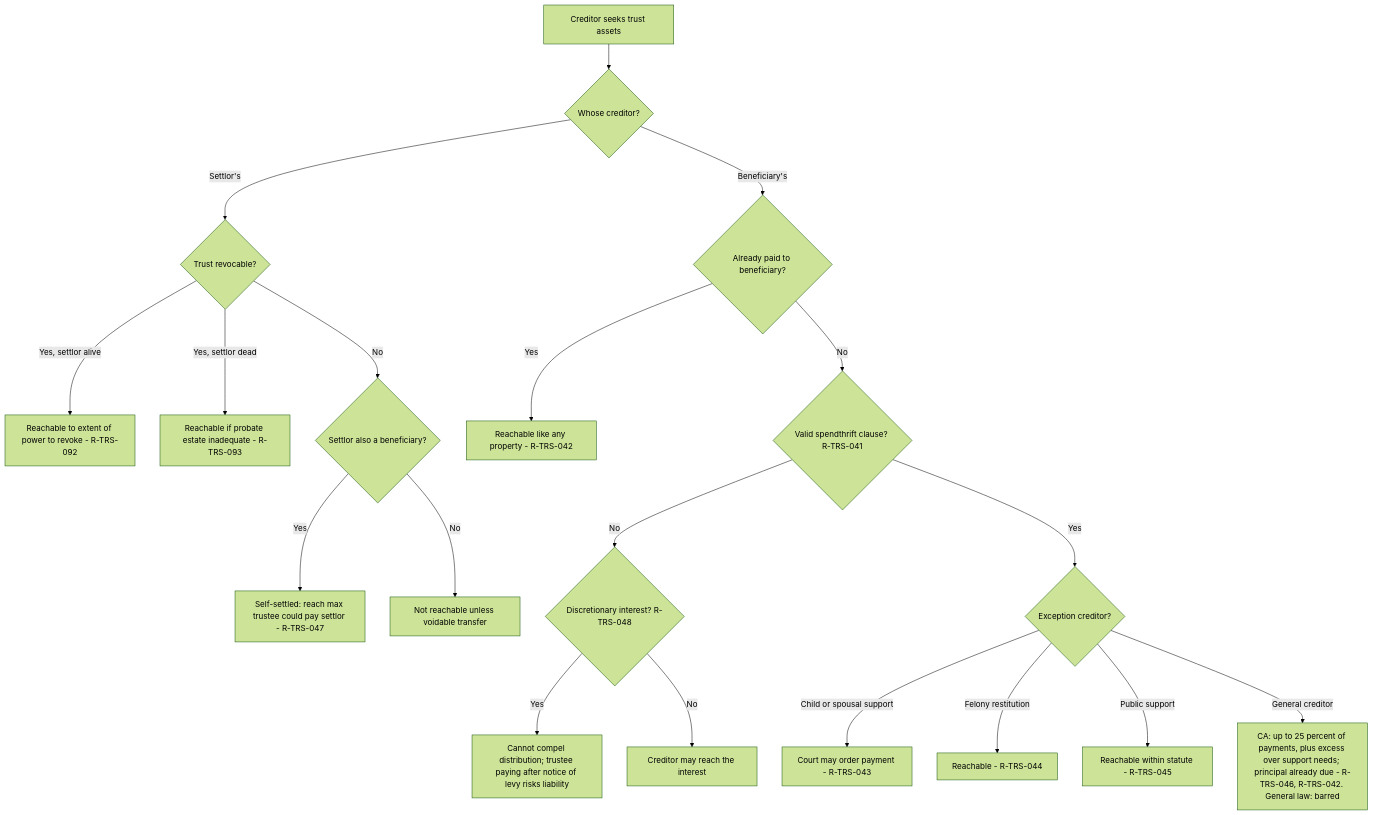
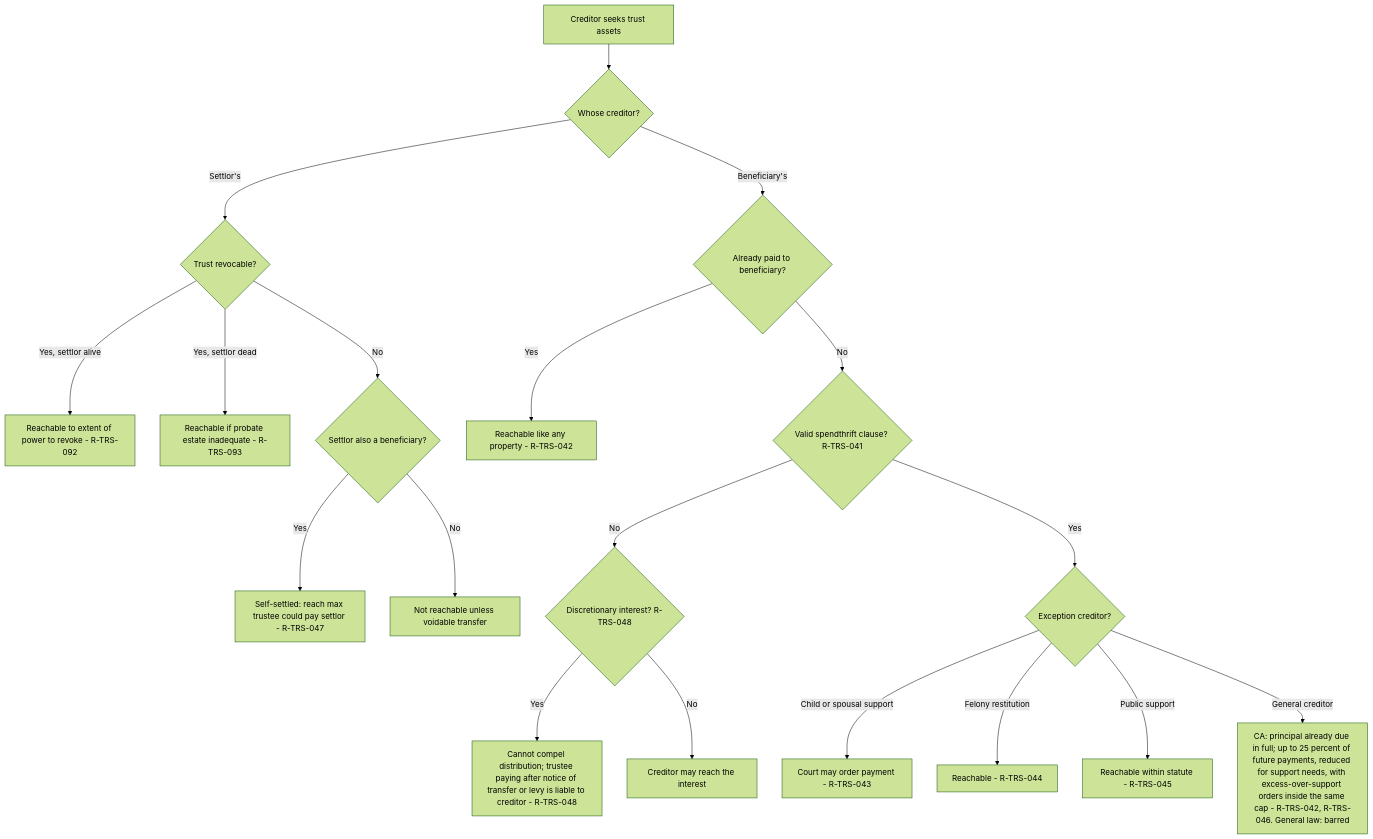
The fourth of 8 diagrams in 03-subjects/trusts/flowcharts.md (FrankHuang94/ca-bar-prep-claude), drawn with Mermaid (forest theme) before and after one commit. The commit also changed other lines of this file and 20 other files, not shown here.

````diff
--- a/03-subjects/trusts/flowcharts.md
+++ b/03-subjects/trusts/flowcharts.md
@@ -95,21 +95,21 @@
 ```mermaid
 flowchart TD
     A["Creditor seeks trust assets"] --> B{"Whose creditor?"}
     B -- "Settlor's" --> S1{"Trust revocable?"}
     S1 -- "Yes, settlor alive" --> S2["Reachable to extent of power to revoke - R-TRS-092"]
     S1 -- "Yes, settlor dead" --> S3["Reachable if probate estate inadequate - R-TRS-093"]
     S1 -- "No" --> S4{"Settlor also a beneficiary?"}
     S4 -- "Yes" --> S5["Self-settled: reach max trustee could pay settlor - R-TRS-047"]
     S4 -- "No" --> S6["Not reachable unless voidable transfer"]
     B -- "Beneficiary's" --> C{"Already paid to beneficiary?"}
     C -- "Yes" --> C1["Reachable like any property - R-TRS-042"]
     C -- "No" --> D{"Valid spendthrift clause? R-TRS-041"}
     D -- "No" --> D1{"Discretionary interest? R-TRS-048"}
-    D1 -- "Yes" --> D2["Cannot compel distribution; trustee paying after notice of levy risks liability"]
+    D1 -- "Yes" --> D2["Cannot compel distribution; trustee paying after notice of transfer or levy is liable to creditor - R-TRS-048"]
     D1 -- "No" --> D3["Creditor may reach the interest"]
     D -- "Yes" --> E{"Exception creditor?"}
     E -- "Child or spousal support" --> E1["Court may order payment - R-TRS-043"]
     E -- "Felony restitution" --> E2["Reachable - R-TRS-044"]
     E -- "Public support" --> E3["Reachable within statute - R-TRS-045"]
-    E -- "General creditor" --> E4["CA: up to 25 percent of payments, plus excess over support needs; principal already due - R-TRS-046, R-TRS-042. General law: barred"]
+    E -- "General creditor" --> E4["CA: principal already due in full; up to 25 percent of future payments, reduced for support needs, with excess-over-support orders inside the same cap - R-TRS-042, R-TRS-046. General law: barred"]
 ```
````
